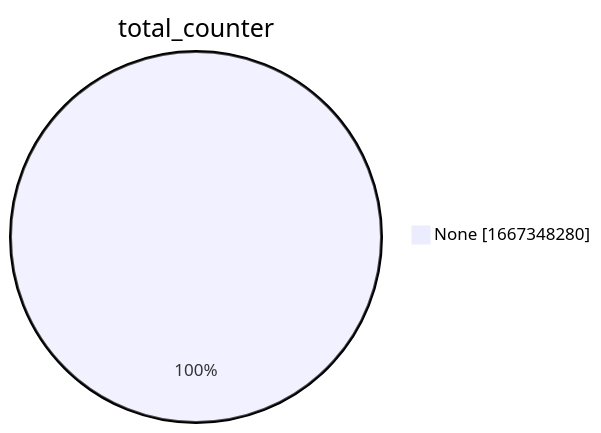
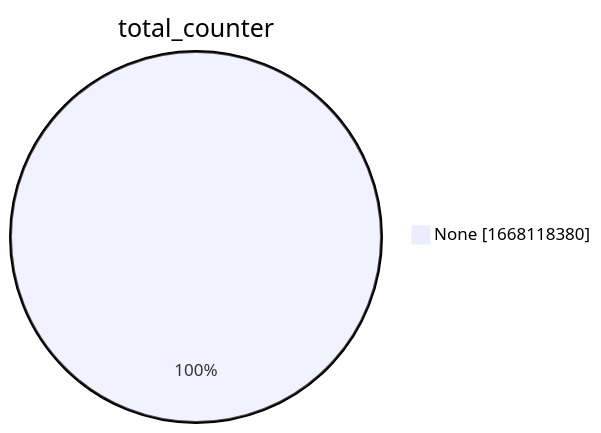
Before and after one commit to christiankrug/ctmonitor_visualization: the second of 15 diagrams in xenon2022/README.md, drawn with Mermaid. The commit also changed other lines of this file, not shown here.

````diff
--- a/xenon2022/README.md
+++ b/xenon2022/README.md
@@ -9,5 +9,5 @@
 ```mermaid
 pie showData
 title total_counter
-"None" :1667348280
+"None" :1668118380
 ```
````
